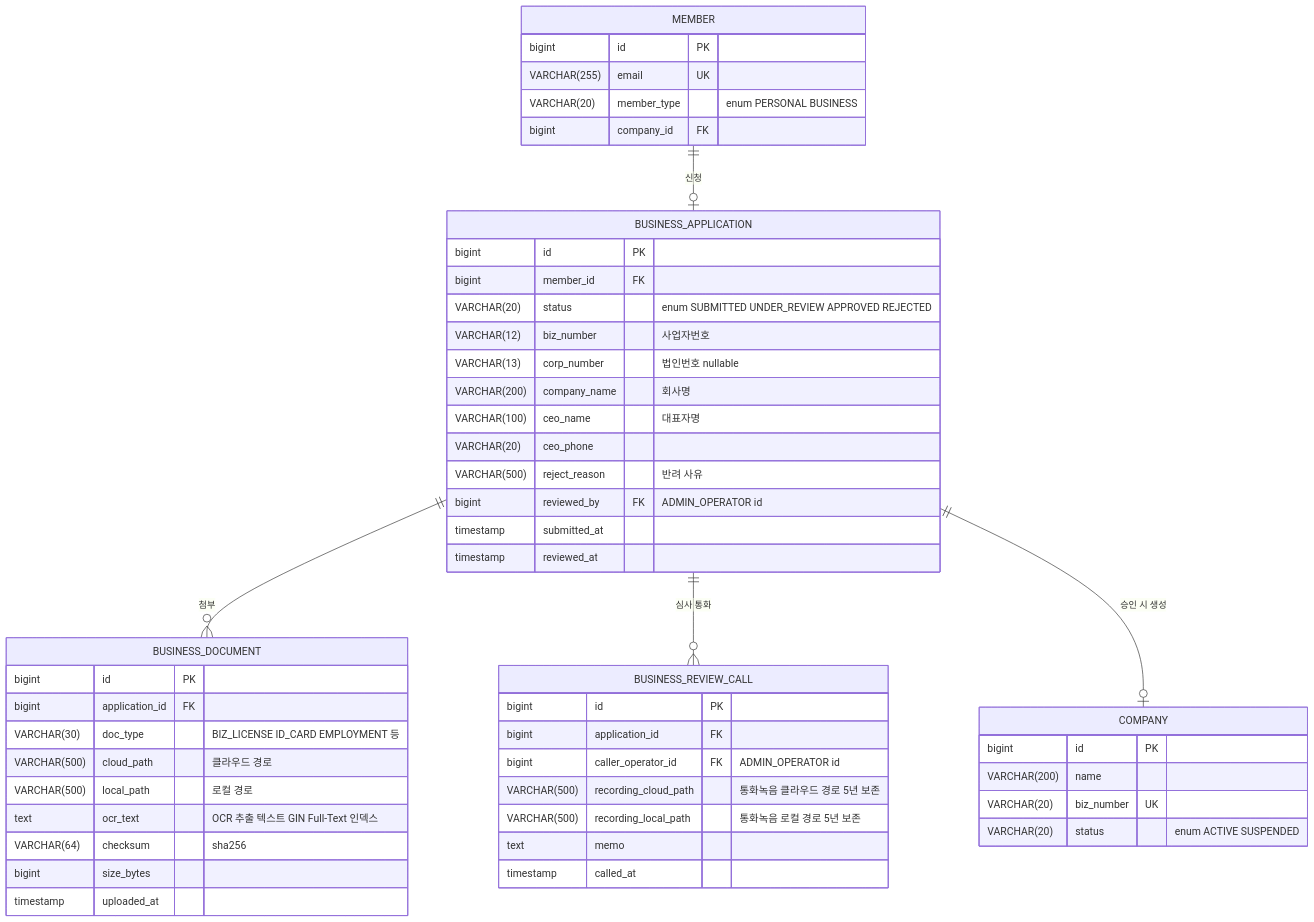
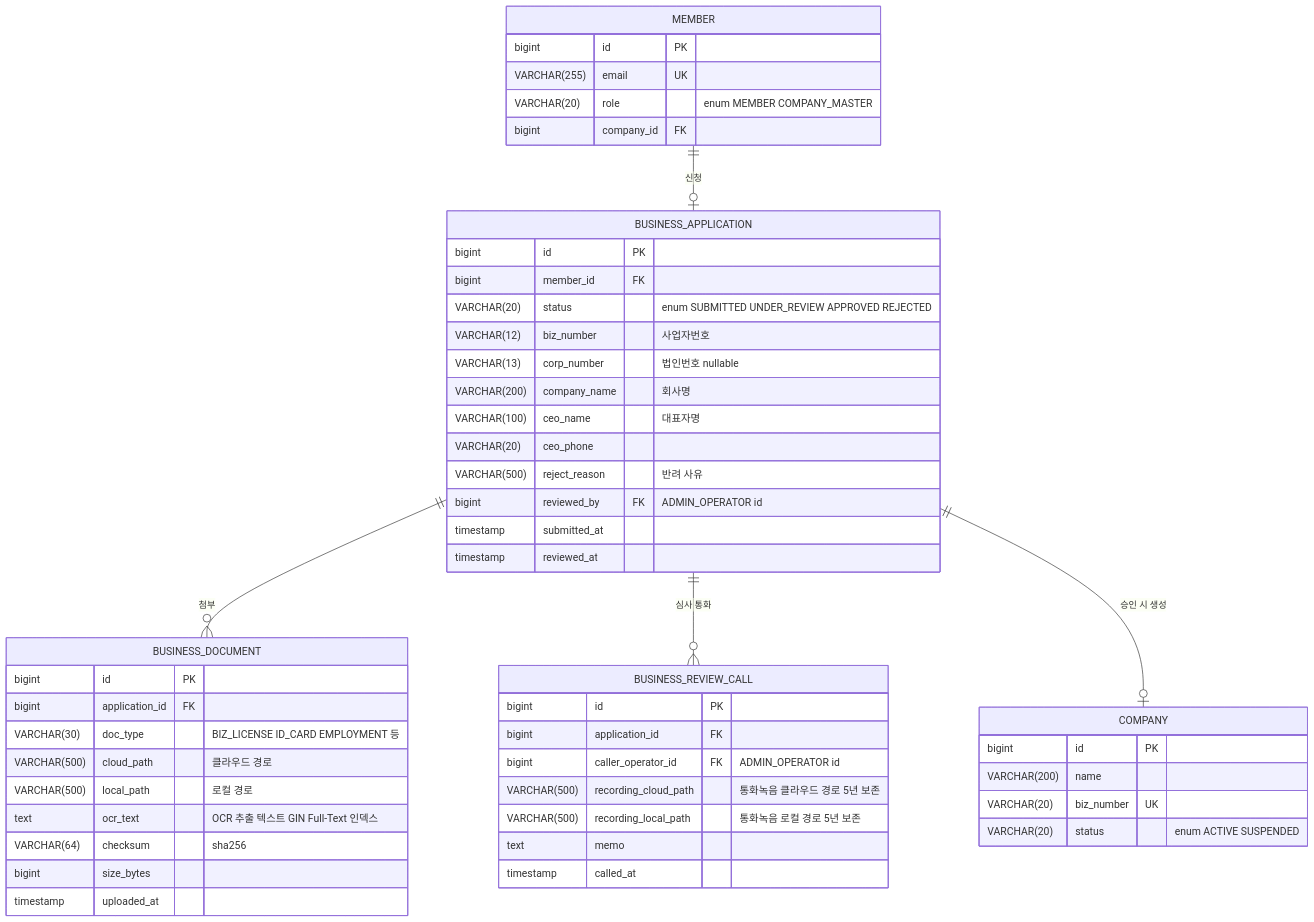
The third of 26 diagrams in pm/05_DATA_MODEL.md (beanteacher/web-wisecan-unified), drawn with Mermaid before and after one commit. The commit also changed other lines of this file and 17 other files, not shown here.

````diff
--- a/pm/05_DATA_MODEL.md
+++ b/pm/05_DATA_MODEL.md
@@ -168,54 +212,54 @@
 ```mermaid
 %%{init: {"themeVariables": {"fontSize": "16px"}}}%%
 erDiagram
   MEMBER {
     bigint id PK
     VARCHAR(255) email UK
-    VARCHAR(20) member_type "enum PERSONAL BUSINESS"
+    VARCHAR(20) role "enum MEMBER COMPANY_MASTER"
     bigint company_id FK
   }
   COMPANY {
     bigint id PK
     VARCHAR(200) name
     VARCHAR(20) biz_number UK
     VARCHAR(20) status "enum ACTIVE SUSPENDED"
   }
   BUSINESS_APPLICATION {
     bigint id PK
     bigint member_id FK
     VARCHAR(20) status "enum SUBMITTED UNDER_REVIEW APPROVED REJECTED"
     VARCHAR(12) biz_number "사업자번호"
     VARCHAR(13) corp_number "법인번호 nullable"
     VARCHAR(200) company_name "회사명"
     VARCHAR(100) ceo_name "대표자명"
     VARCHAR(20) ceo_phone
     VARCHAR(500) reject_reason "반려 사유"
     bigint reviewed_by FK "ADMIN_OPERATOR id"
     timestamp submitted_at
     timestamp reviewed_at
   }
   BUSINESS_DOCUMENT {
     bigint id PK
     bigint application_id FK
     VARCHAR(30) doc_type "BIZ_LICENSE ID_CARD EMPLOYMENT 등"
     VARCHAR(500) cloud_path "클라우드 경로"
     VARCHAR(500) local_path "로컬 경로"
     text ocr_text "OCR 추출 텍스트 GIN Full-Text 인덱스"
     VARCHAR(64) checksum "sha256"
     bigint size_bytes
     timestamp uploaded_at
   }
   BUSINESS_REVIEW_CALL {
     bigint id PK
     bigint application_id FK
     bigint caller_operator_id FK "ADMIN_OPERATOR id"
     VARCHAR(500) recording_cloud_path "통화녹음 클라우드 경로 5년 보존"
     VARCHAR(500) recording_local_path "통화녹음 로컬 경로 5년 보존"
     text memo
     timestamp called_at
   }
   MEMBER ||--o| BUSINESS_APPLICATION : "신청"
   BUSINESS_APPLICATION ||--o{ BUSINESS_DOCUMENT : "첨부"
   BUSINESS_APPLICATION ||--o{ BUSINESS_REVIEW_CALL : "심사 통화"
   BUSINESS_APPLICATION ||--o| COMPANY : "승인 시 생성"
 ```
````
